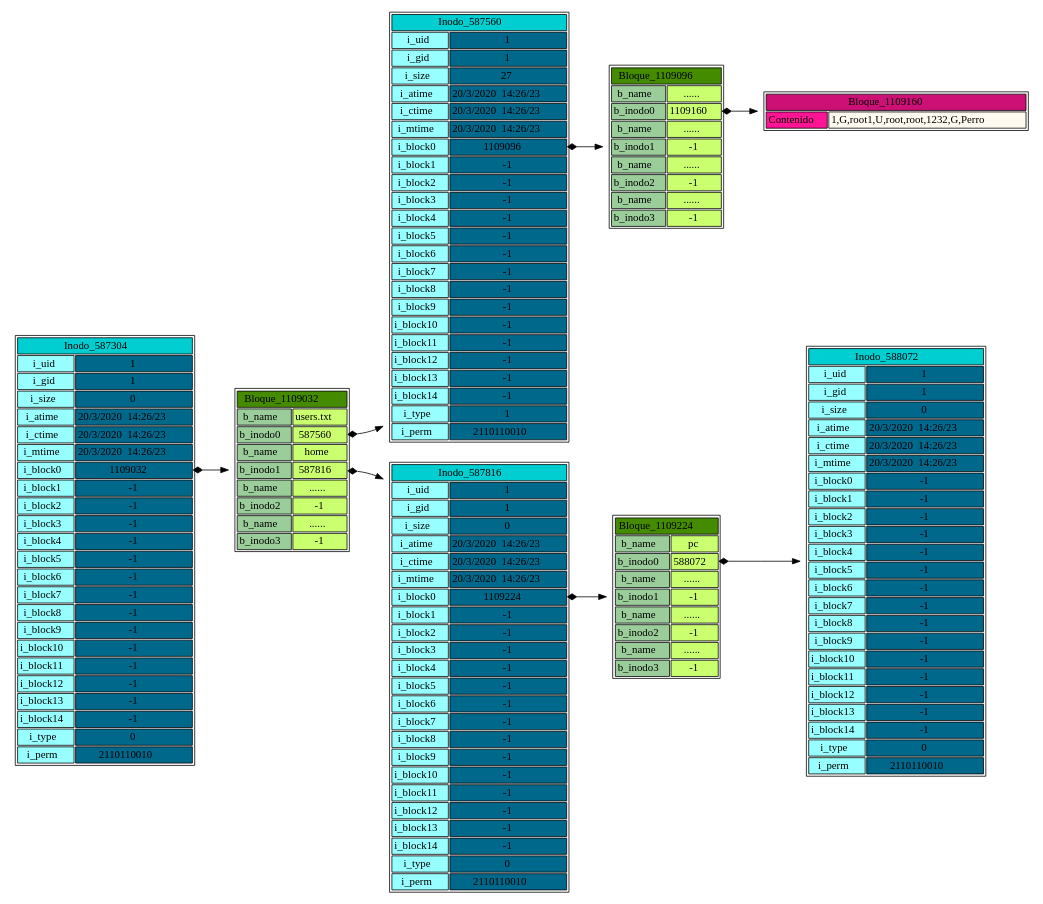
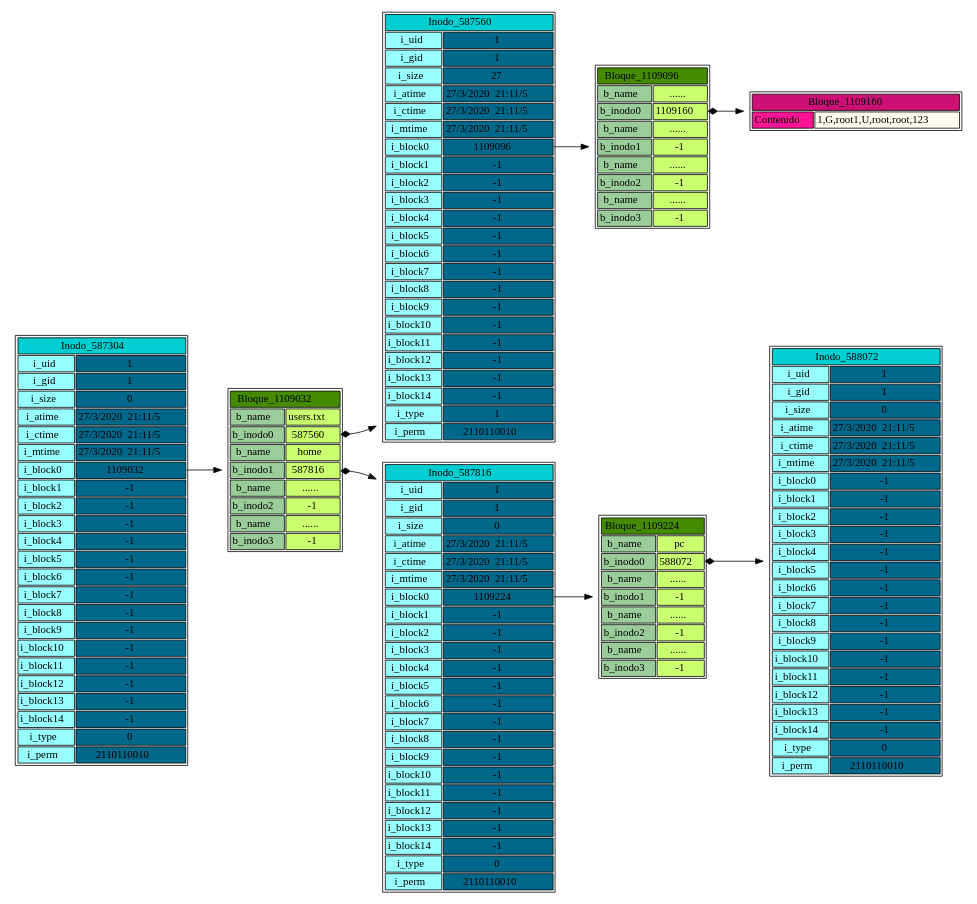
The diagram in Archivos/HardDiskSim/build-Proyecto1Fase1-Desktop_Qt_5_13_1_GCC_64bit-Debug/Arbol.dot (esnorki2008/Proyectos), drawn with Graphviz before and after one commit. The commit also changed 19 other files, not shown here.

```diff
--- a/Archivos/HardDiskSim/build-Proyecto1Fase1-Desktop_Qt_5_13_1_GCC_64bit-Debug/Arbol.dot
+++ b/Archivos/HardDiskSim/build-Proyecto1Fase1-Desktop_Qt_5_13_1_GCC_64bit-Debug/Arbol.dot
@@ -5,9 +5,9 @@
 <TR><TD BGCOLOR="darkslategray1">i_uid</TD><TD BGCOLOR="deepskyblue4">1</TD>  </TR>
 <TR><TD BGCOLOR="darkslategray1">i_gid</TD><TD BGCOLOR="deepskyblue4">1</TD>  </TR>
 <TR><TD BGCOLOR="darkslategray1">i_size</TD><TD BGCOLOR="deepskyblue4">0</TD>  </TR>
-<TR><TD BGCOLOR="darkslategray1">i_atime</TD><TD BGCOLOR="deepskyblue4">20/3/2020  14:26/23</TD>  </TR>
-<TR><TD BGCOLOR="darkslategray1">i_ctime</TD><TD BGCOLOR="deepskyblue4">20/3/2020  14:26/23</TD>  </TR>
-<TR><TD BGCOLOR="darkslategray1">i_mtime</TD><TD BGCOLOR="deepskyblue4">20/3/2020  14:26/23</TD>  </TR>
+<TR><TD BGCOLOR="darkslategray1">i_atime</TD><TD BGCOLOR="deepskyblue4">27/3/2020  21:11/5</TD>  </TR>
+<TR><TD BGCOLOR="darkslategray1">i_ctime</TD><TD BGCOLOR="deepskyblue4">27/3/2020  21:11/5</TD>  </TR>
+<TR><TD BGCOLOR="darkslategray1">i_mtime</TD><TD BGCOLOR="deepskyblue4">27/3/2020  21:11/5</TD>  </TR>
 <TR><TD  BGCOLOR="darkslategray1">i_block0</TD><TD PORT="P0" BGCOLOR="deepskyblue4">1109032</TD>  </TR> 
 <TR><TD  BGCOLOR="darkslategray1">i_block1</TD><TD PORT="P1" BGCOLOR="deepskyblue4">-1</TD>  </TR> 
 <TR><TD  BGCOLOR="darkslategray1">i_block2</TD><TD PORT="P2" BGCOLOR="deepskyblue4">-1</TD>  </TR> 
@@ -26,7 +26,6 @@
 <TR><TD BGCOLOR="darkslategray1">i_type</TD><TD BGCOLOR="deepskyblue4">0</TD>  </TR>
 <TR><TD BGCOLOR="darkslategray1">i_perm</TD><TD BGCOLOR="deepskyblue4">2110110010</TD>  </TR>
 </TABLE>>] 
-I587304:P0->B1109032 [dir=both arrowtail = diamond] 
 B1109032 [ label=< <TABLE BGCOLOR="white"><TR><TD COLSPAN="2" BGCOLOR="chartreuse4" > Bloque_1109032</TD></TR>
 <TR><TD BGCOLOR="darkseagreen3">b_name</TD><TD BGCOLOR="darkolivegreen1">users.txt</TD>  </TR>
 <TR><TD  BGCOLOR="darkseagreen3">b_inodo0</TD><TD PORT="P0" BGCOLOR="darkolivegreen1">587560</TD>  </TR> 
@@ -43,9 +42,9 @@
 <TR><TD BGCOLOR="darkslategray1">i_uid</TD><TD BGCOLOR="deepskyblue4">1</TD>  </TR>
 <TR><TD BGCOLOR="darkslategray1">i_gid</TD><TD BGCOLOR="deepskyblue4">1</TD>  </TR>
 <TR><TD BGCOLOR="darkslategray1">i_size</TD><TD BGCOLOR="deepskyblue4">27</TD>  </TR>
-<TR><TD BGCOLOR="darkslategray1">i_atime</TD><TD BGCOLOR="deepskyblue4">20/3/2020  14:26/23</TD>  </TR>
-<TR><TD BGCOLOR="darkslategray1">i_ctime</TD><TD BGCOLOR="deepskyblue4">20/3/2020  14:26/23</TD>  </TR>
-<TR><TD BGCOLOR="darkslategray1">i_mtime</TD><TD BGCOLOR="deepskyblue4">20/3/2020  14:26/23</TD>  </TR>
+<TR><TD BGCOLOR="darkslategray1">i_atime</TD><TD BGCOLOR="deepskyblue4">27/3/2020  21:11/5</TD>  </TR>
+<TR><TD BGCOLOR="darkslategray1">i_ctime</TD><TD BGCOLOR="deepskyblue4">27/3/2020  21:11/5</TD>  </TR>
+<TR><TD BGCOLOR="darkslategray1">i_mtime</TD><TD BGCOLOR="deepskyblue4">27/3/2020  21:11/5</TD>  </TR>
 <TR><TD  BGCOLOR="darkslategray1">i_block0</TD><TD PORT="P0" BGCOLOR="deepskyblue4">1109096</TD>  </TR> 
 <TR><TD  BGCOLOR="darkslategray1">i_block1</TD><TD PORT="P1" BGCOLOR="deepskyblue4">-1</TD>  </TR> 
 <TR><TD  BGCOLOR="darkslategray1">i_block2</TD><TD PORT="P2" BGCOLOR="deepskyblue4">-1</TD>  </TR> 
@@ -64,7 +63,6 @@
 <TR><TD BGCOLOR="darkslategray1">i_type</TD><TD BGCOLOR="deepskyblue4">1</TD>  </TR>
 <TR><TD BGCOLOR="darkslategray1">i_perm</TD><TD BGCOLOR="deepskyblue4">2110110010</TD>  </TR>
 </TABLE>>] 
-I587560:P0->B1109096 [dir=both arrowtail = diamond] 
 B1109096 [ label=< <TABLE BGCOLOR="white"><TR><TD COLSPAN="2" BGCOLOR="chartreuse4" > Bloque_1109096</TD></TR>
 <TR><TD BGCOLOR="darkseagreen3">b_name</TD><TD BGCOLOR="darkolivegreen1">......</TD>  </TR>
 <TR><TD  BGCOLOR="darkseagreen3">b_inodo0</TD><TD PORT="P0" BGCOLOR="darkolivegreen1">1109160</TD>  </TR> 
@@ -79,16 +77,16 @@
 B1109160 [ label=< <TABLE BGCOLOR="white"><TR><TD COLSPAN="2" BGCOLOR="deeppink3" > Bloque_1109160</TD></TR>
 <TR><TD BGCOLOR="deeppink">Contenido</TD><TD BGCOLOR="floralwhite">1,G,root
 1,U,root,root,123
-2,G,Perro
 </TD>  </TR>
 </TABLE>>] 
+I587560:P0->B1109096[dir=both arrowtail = diamont]
 I587816 [ label=< <TABLE BGCOLOR="white"><TR><TD COLSPAN="2" BGCOLOR="darkturquoise" > Inodo_587816</TD></TR>
 <TR><TD BGCOLOR="darkslategray1">i_uid</TD><TD BGCOLOR="deepskyblue4">1</TD>  </TR>
 <TR><TD BGCOLOR="darkslategray1">i_gid</TD><TD BGCOLOR="deepskyblue4">1</TD>  </TR>
 <TR><TD BGCOLOR="darkslategray1">i_size</TD><TD BGCOLOR="deepskyblue4">0</TD>  </TR>
-<TR><TD BGCOLOR="darkslategray1">i_atime</TD><TD BGCOLOR="deepskyblue4">20/3/2020  14:26/23</TD>  </TR>
-<TR><TD BGCOLOR="darkslategray1">i_ctime</TD><TD BGCOLOR="deepskyblue4">20/3/2020  14:26/23</TD>  </TR>
-<TR><TD BGCOLOR="darkslategray1">i_mtime</TD><TD BGCOLOR="deepskyblue4">20/3/2020  14:26/23</TD>  </TR>
+<TR><TD BGCOLOR="darkslategray1">i_atime</TD><TD BGCOLOR="deepskyblue4">27/3/2020  21:11/5</TD>  </TR>
+<TR><TD BGCOLOR="darkslategray1">i_ctime</TD><TD BGCOLOR="deepskyblue4">27/3/2020  21:11/5</TD>  </TR>
+<TR><TD BGCOLOR="darkslategray1">i_mtime</TD><TD BGCOLOR="deepskyblue4">27/3/2020  21:11/5</TD>  </TR>
 <TR><TD  BGCOLOR="darkslategray1">i_block0</TD><TD PORT="P0" BGCOLOR="deepskyblue4">1109224</TD>  </TR> 
 <TR><TD  BGCOLOR="darkslategray1">i_block1</TD><TD PORT="P1" BGCOLOR="deepskyblue4">-1</TD>  </TR> 
 <TR><TD  BGCOLOR="darkslategray1">i_block2</TD><TD PORT="P2" BGCOLOR="deepskyblue4">-1</TD>  </TR> 
@@ -107,7 +105,6 @@
 <TR><TD BGCOLOR="darkslategray1">i_type</TD><TD BGCOLOR="deepskyblue4">0</TD>  </TR>
 <TR><TD BGCOLOR="darkslategray1">i_perm</TD><TD BGCOLOR="deepskyblue4">2110110010</TD>  </TR>
 </TABLE>>] 
-I587816:P0->B1109224 [dir=both arrowtail = diamond] 
 B1109224 [ label=< <TABLE BGCOLOR="white"><TR><TD COLSPAN="2" BGCOLOR="chartreuse4" > Bloque_1109224</TD></TR>
 <TR><TD BGCOLOR="darkseagreen3">b_name</TD><TD BGCOLOR="darkolivegreen1">pc</TD>  </TR>
 <TR><TD  BGCOLOR="darkseagreen3">b_inodo0</TD><TD PORT="P0" BGCOLOR="darkolivegreen1">588072</TD>  </TR> 
@@ -123,9 +120,9 @@
 <TR><TD BGCOLOR="darkslategray1">i_uid</TD><TD BGCOLOR="deepskyblue4">1</TD>  </TR>
 <TR><TD BGCOLOR="darkslategray1">i_gid</TD><TD BGCOLOR="deepskyblue4">1</TD>  </TR>
 <TR><TD BGCOLOR="darkslategray1">i_size</TD><TD BGCOLOR="deepskyblue4">0</TD>  </TR>
-<TR><TD BGCOLOR="darkslategray1">i_atime</TD><TD BGCOLOR="deepskyblue4">20/3/2020  14:26/23</TD>  </TR>
-<TR><TD BGCOLOR="darkslategray1">i_ctime</TD><TD BGCOLOR="deepskyblue4">20/3/2020  14:26/23</TD>  </TR>
-<TR><TD BGCOLOR="darkslategray1">i_mtime</TD><TD BGCOLOR="deepskyblue4">20/3/2020  14:26/23</TD>  </TR>
+<TR><TD BGCOLOR="darkslategray1">i_atime</TD><TD BGCOLOR="deepskyblue4">27/3/2020  21:11/5</TD>  </TR>
+<TR><TD BGCOLOR="darkslategray1">i_ctime</TD><TD BGCOLOR="deepskyblue4">27/3/2020  21:11/5</TD>  </TR>
+<TR><TD BGCOLOR="darkslategray1">i_mtime</TD><TD BGCOLOR="deepskyblue4">27/3/2020  21:11/5</TD>  </TR>
 <TR><TD  BGCOLOR="darkslategray1">i_block0</TD><TD PORT="P0" BGCOLOR="deepskyblue4">-1</TD>  </TR> 
 <TR><TD  BGCOLOR="darkslategray1">i_block1</TD><TD PORT="P1" BGCOLOR="deepskyblue4">-1</TD>  </TR> 
 <TR><TD  BGCOLOR="darkslategray1">i_block2</TD><TD PORT="P2" BGCOLOR="deepskyblue4">-1</TD>  </TR> 
@@ -144,5 +141,7 @@
 <TR><TD BGCOLOR="darkslategray1">i_type</TD><TD BGCOLOR="deepskyblue4">0</TD>  </TR>
 <TR><TD BGCOLOR="darkslategray1">i_perm</TD><TD BGCOLOR="deepskyblue4">2110110010</TD>  </TR>
 </TABLE>>] 
+I587816:P0->B1109224[dir=both arrowtail = diamont]
+I587304:P0->B1109032[dir=both arrowtail = diamont]
 
 } 
```
